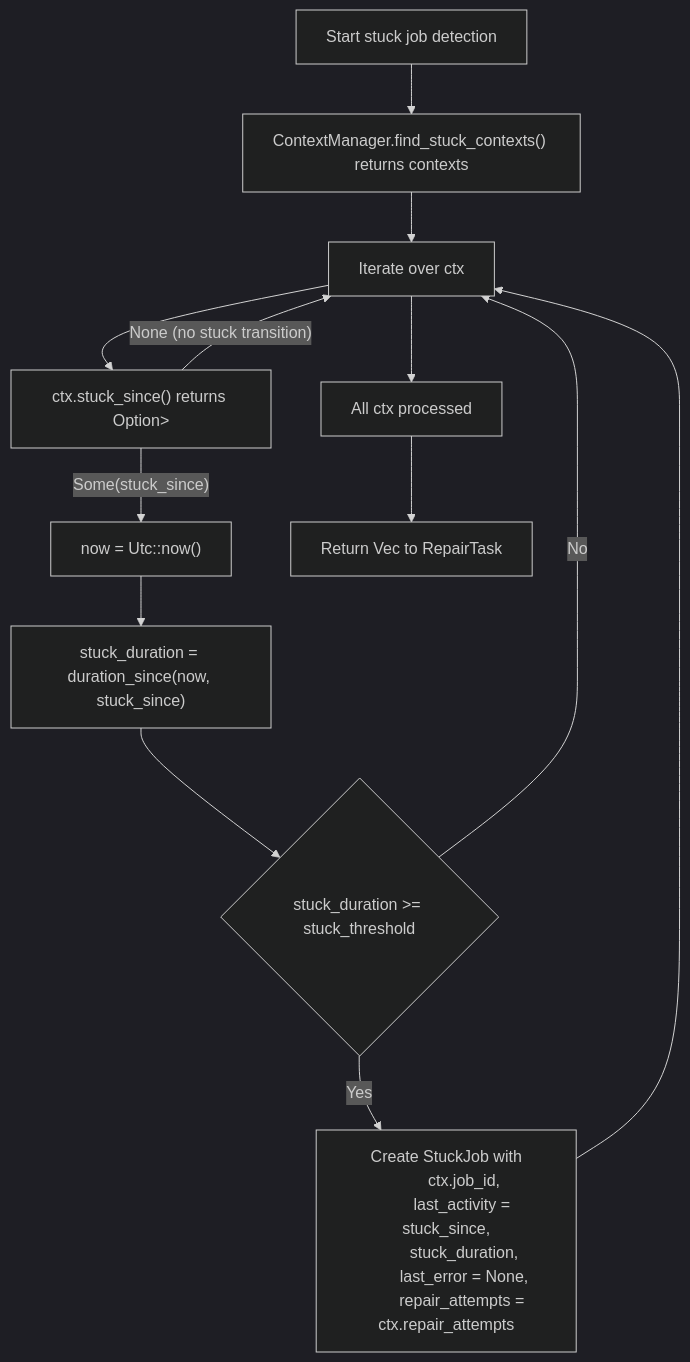
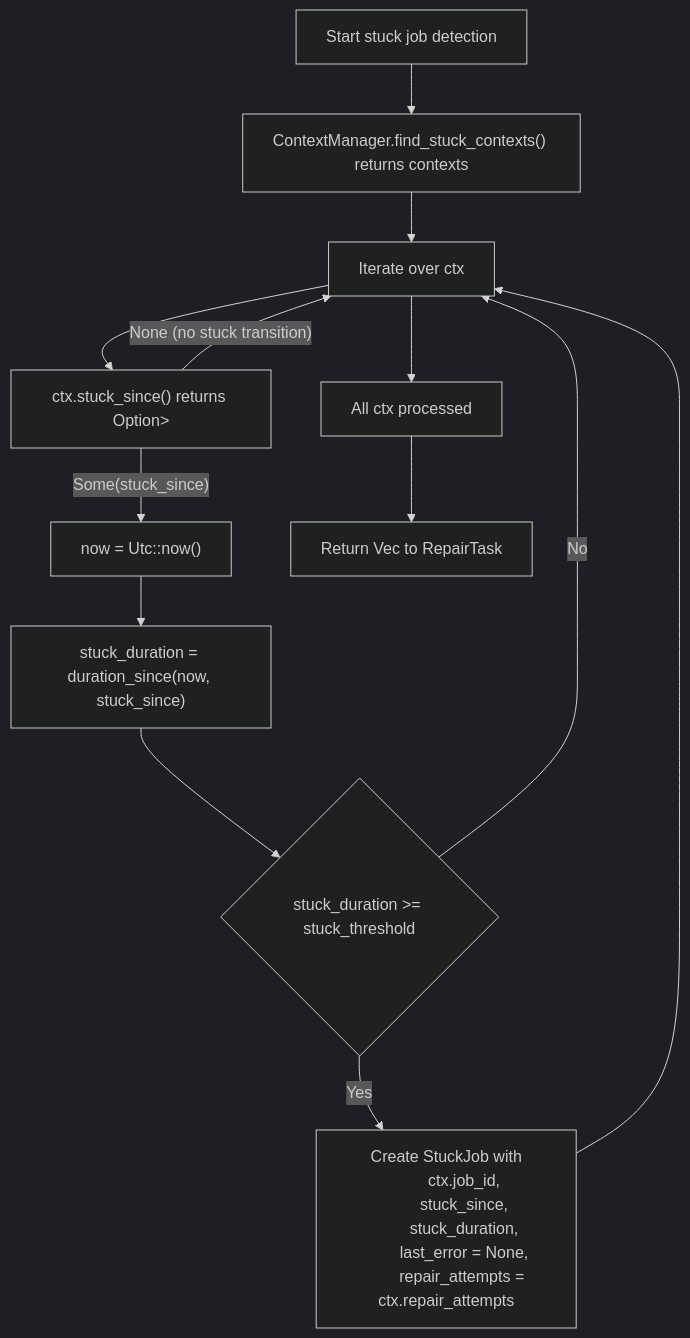
One commit to leynos/axinite changed the second of 2 diagrams in docs/jobs-and-routines.md. Above: the diagram before and after it, drawn with Mermaid (dark theme). The commit also changed 7 other files, not shown here.

````diff
--- a/docs/jobs-and-routines.md
+++ b/docs/jobs-and-routines.md
@@ -206,23 +206,23 @@
 ```mermaid
 flowchart TD
     A["Start stuck job detection"] --> B["ContextManager.find_stuck_contexts() returns contexts"]
     B --> C["Iterate over ctx"]
 
     C --> D["ctx.stuck_since() returns Option<DateTime<Utc>>"]
     D -->|"None (no stuck transition)"| C
     D -->|"Some(stuck_since)"| E["now = Utc::now()"]
     E --> F["stuck_duration = duration_since(now, stuck_since)"]
 
     F --> G{"stuck_duration >= stuck_threshold"}
     G -->|"No"| C
     G -->|"Yes"| H["Create StuckJob with
         ctx.job_id,
-        last_activity = stuck_since,
+        stuck_since,
         stuck_duration,
         last_error = None,
         repair_attempts = ctx.repair_attempts"]
 
     H --> C
     C --> J["All ctx processed"]
     J --> K["Return Vec<StuckJob> to RepairTask"]
 ```
````
